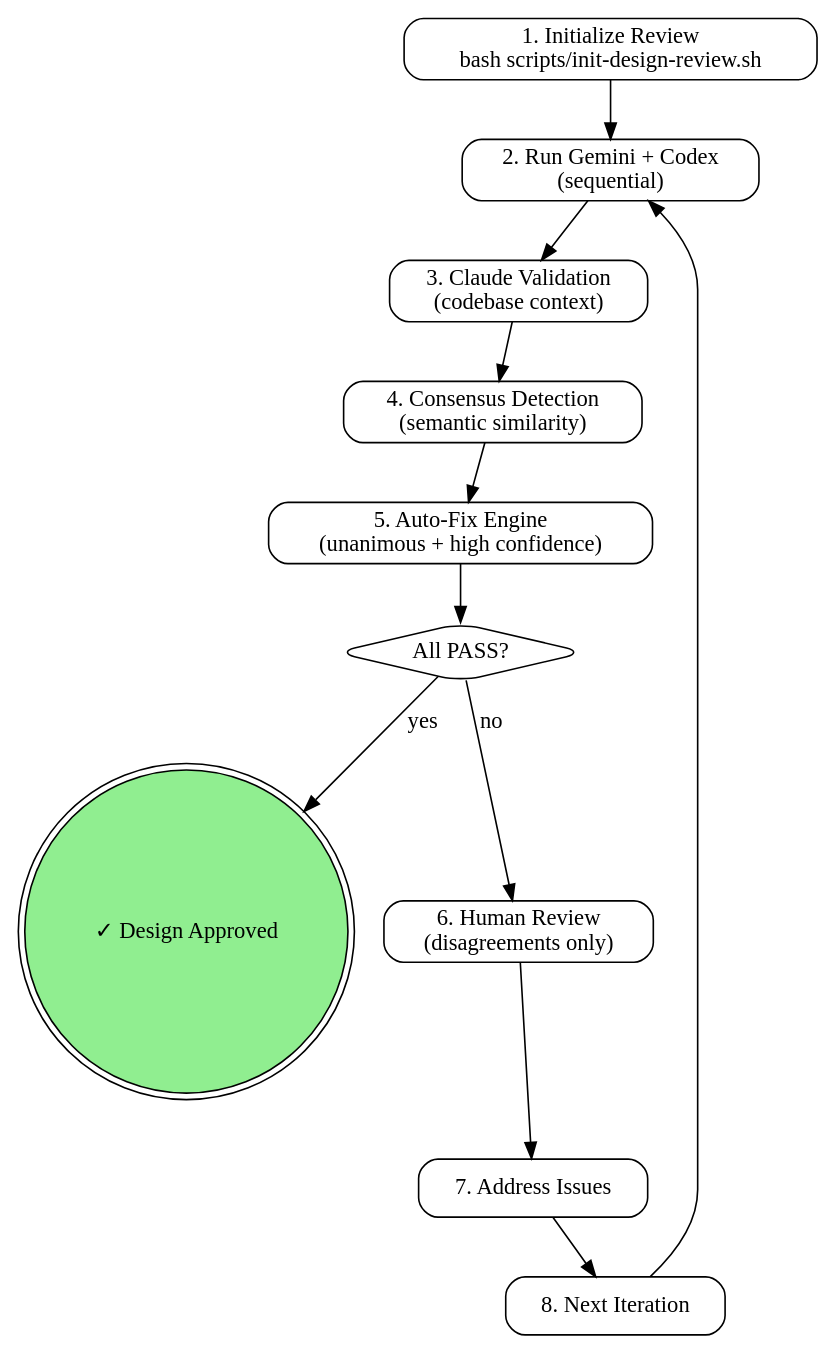
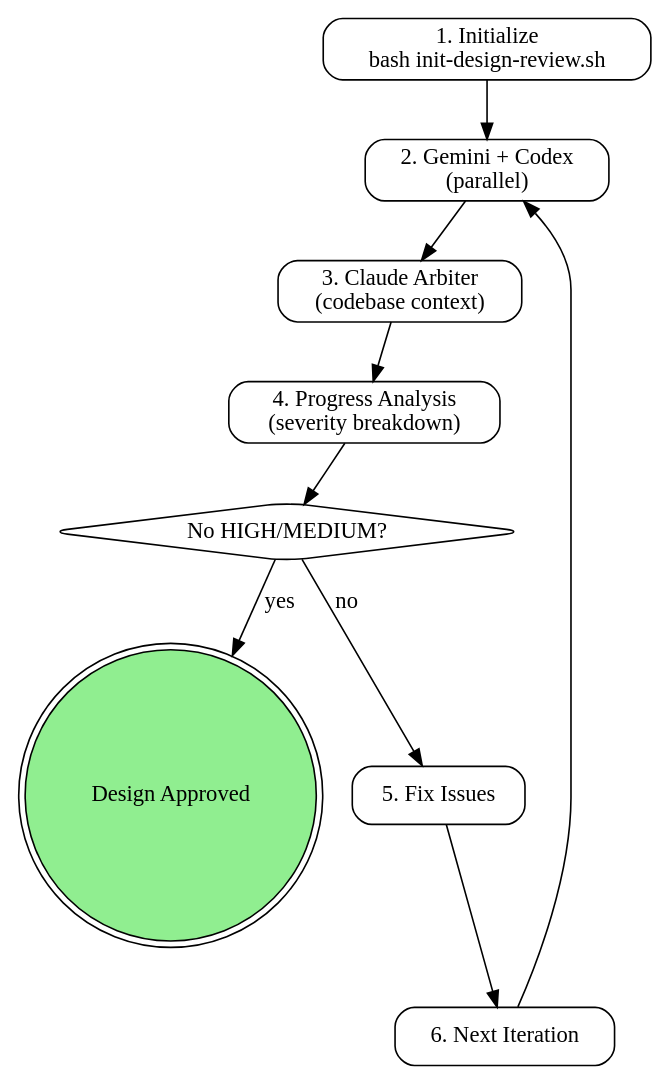
Before and after one commit to chris-yyau/busdriver: the diagram in skills/design-reviewer/SKILL.md, drawn with Graphviz. The commit also changed other lines of this file and 7 other files, not shown here.

First line of the commit message:
refactor(design-reviewer): replace Jaccard consensus with Claude-as-arbiter (#2)

````diff
--- a/skills/design-reviewer/SKILL.md
+++ b/skills/design-reviewer/SKILL.md
@@ -71,28 +68,24 @@
 ```dot
-digraph three_tier_review {
+digraph review {
     rankdir=TB;
     node [shape=box, style=rounded];
 
-    init [label="1. Initialize Review\nbash scripts/init-design-review.sh"];
-    launch [label="2. Run Gemini + Codex\n(sequential)"];
-    claude [label="3. Claude Validation\n(codebase context)"];
-    consensus [label="4. Consensus Detection\n(semantic similarity)"];
-    autofix [label="5. Auto-Fix Engine\n(unanimous + high confidence)"];
-    converged [label="All PASS?" shape=diamond];
-    done [label="✓ Design Approved" shape=doublecircle style=filled fillcolor=lightgreen];
-    human [label="6. Human Review\n(disagreements only)"];
-    update [label="7. Address Issues"];
-    iterate [label="8. Next Iteration"];
+    init [label="1. Initialize\nbash init-design-review.sh"];
+    parallel [label="2. Gemini + Codex\n(parallel)"];
+    claude [label="3. Claude Arbiter\n(codebase context)"];
+    progress [label="4. Progress Analysis\n(severity breakdown)"];
+    converged [label="No HIGH/MEDIUM?" shape=diamond];
+    done [label="Design Approved" shape=doublecircle style=filled fillcolor=lightgreen];
+    fix [label="5. Fix Issues"];
+    iterate [label="6. Next Iteration"];
 
-    init -> launch;
-    launch -> claude;
-    claude -> consensus;
-    consensus -> autofix;
-    autofix -> converged;
+    init -> parallel;
+    parallel -> claude;
+    claude -> progress;
+    progress -> converged;
     converged -> done [label="yes"];
-    converged -> human [label="no"];
-    human -> update;
-    update -> iterate;
-    iterate -> launch;
+    converged -> fix [label="no"];
+    fix -> iterate;
+    iterate -> parallel;
 }
 ```
````
